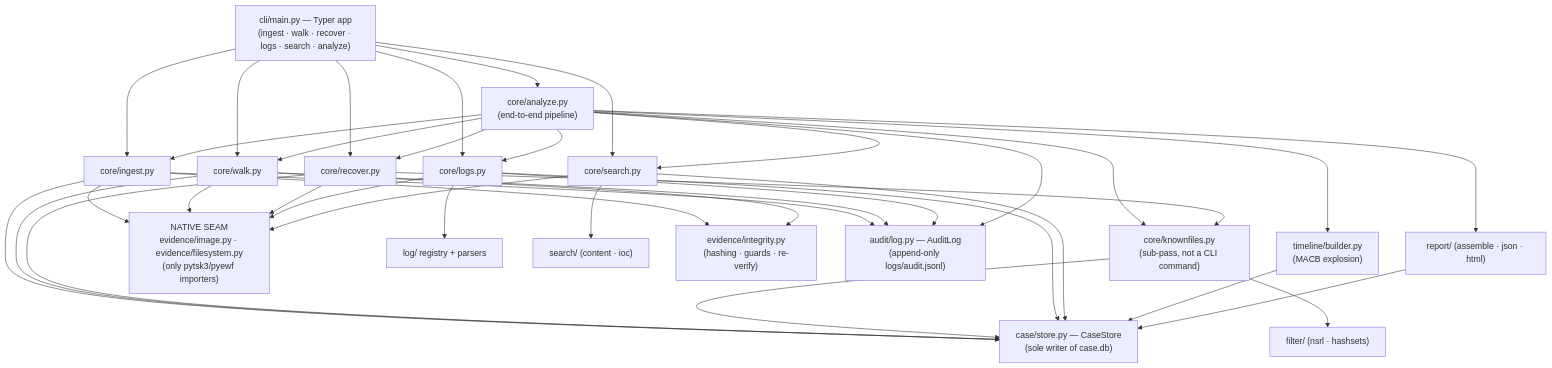
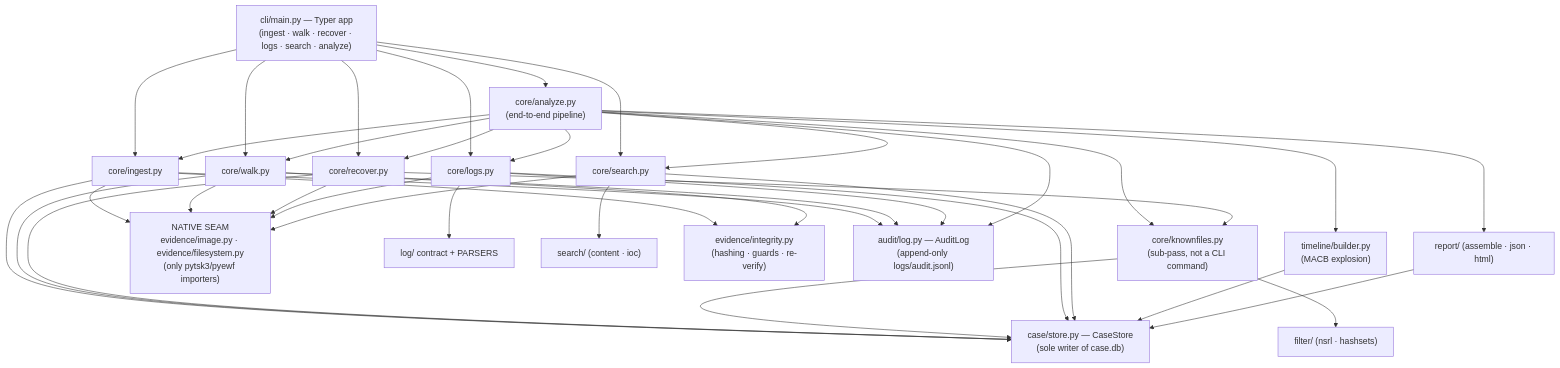
Before and after one commit to MatrixMagician/PyAutopsy: the diagram in docs/ARCHITECTURE.md, drawn with Mermaid. The commit also changed other lines of this file and 8 other files, not shown here.

````diff
--- a/docs/ARCHITECTURE.md
+++ b/docs/ARCHITECTURE.md
@@ -32,55 +32,55 @@
 ```mermaid
 graph TD
     CLI["cli/main.py — Typer app<br/>(ingest · walk · recover · logs · search · analyze)"]
 
     CLI --> ANALYZE["core/analyze.py<br/>(end-to-end pipeline)"]
     CLI --> INGEST["core/ingest.py"]
     CLI --> WALK["core/walk.py"]
     CLI --> RECOVER["core/recover.py"]
     CLI --> LOGS["core/logs.py"]
     CLI --> SEARCH["core/search.py"]
 
     ANALYZE --> INGEST
     ANALYZE --> WALK
     ANALYZE --> RECOVER
     ANALYZE --> FILTER["core/knownfiles.py<br/>(sub-pass, not a CLI command)"]
     ANALYZE --> LOGS
     ANALYZE --> SEARCH
     ANALYZE --> TIMELINE["timeline/builder.py<br/>(MACB explosion)"]
     ANALYZE --> REPORT["report/ (assemble · json · html)"]
 
     RECOVER --> FILTER
 
     INGEST --> SEAM
     WALK --> SEAM
     RECOVER --> SEAM
     LOGS --> SEAM
     SEARCH --> SEAM
 
-    LOGS --> LOGPKG["log/ registry + parsers"]
+    LOGS --> LOGPKG["log/ contract + PARSERS"]
     SEARCH --> SEARCHPKG["search/ (content · ioc)"]
     FILTER --> FILTERPKG["filter/ (nsrl · hashsets)"]
 
     SEAM["NATIVE SEAM<br/>evidence/image.py · evidence/filesystem.py<br/>(only pytsk3/pyewf importers)"]
     INTEGRITY["evidence/integrity.py<br/>(hashing · guards · re-verify)"]
 
     INGEST --> INTEGRITY
     WALK --> INTEGRITY
 
     INGEST --> STORE
     WALK --> STORE
     RECOVER --> STORE
     FILTER --> STORE
     LOGS --> STORE
     SEARCH --> STORE
     TIMELINE --> STORE
     REPORT --> STORE
 
     INGEST --> AUDIT
     WALK --> AUDIT
     LOGS --> AUDIT
     ANALYZE --> AUDIT
 
     STORE["case/store.py — CaseStore<br/>(sole writer of case.db)"]
     AUDIT["audit/log.py — AuditLog<br/>(append-only logs/audit.jsonl)"]
 ```
````
